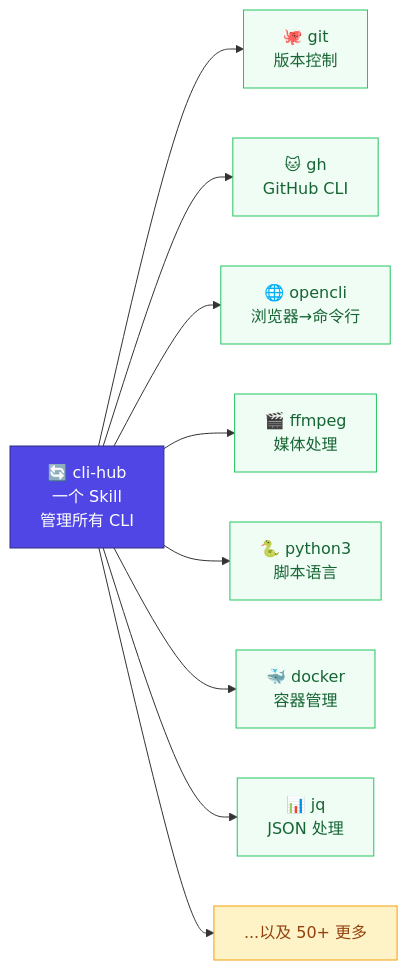
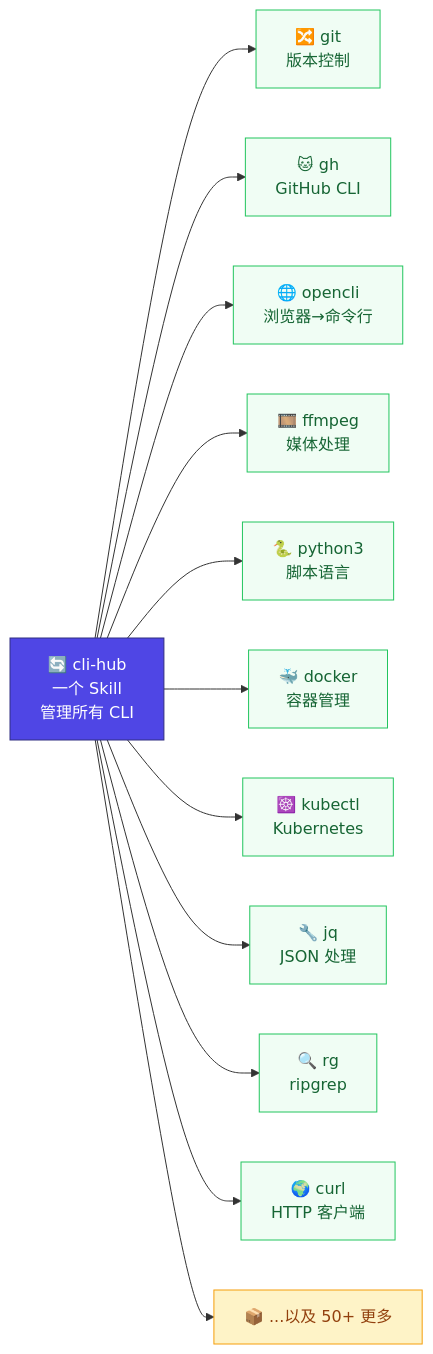
The diagram in README_CN.md (dull-bird/cli-hub), drawn with Mermaid before and after one commit. The commit also changed other lines of this file and 2 other files, not shown here.

Commit message:
chore: rename to clihub for ClawHub, add more emoji icons to mermaid

````diff
--- a/README_CN.md
+++ b/README_CN.md
@@ -5,21 +5,27 @@
 ```mermaid
 graph LR
-    CH["🔄 cli-hub<br/>一个 Skill<br/>管理所有 CLI"] --> git["🐙 git<br/>版本控制"]
+    CH["🔄 cli-hub<br/>一个 Skill<br/>管理所有 CLI"] --> git["🔀 git<br/>版本控制"]
     CH --> gh["🐱 gh<br/>GitHub CLI"]
     CH --> opencli["🌐 opencli<br/>浏览器→命令行"]
-    CH --> ffmpeg["🎬 ffmpeg<br/>媒体处理"]
+    CH --> ffmpeg["🎞️ ffmpeg<br/>媒体处理"]
     CH --> python3["🐍 python3<br/>脚本语言"]
     CH --> docker["🐳 docker<br/>容器管理"]
-    CH --> jq["📊 jq<br/>JSON 处理"]
-    CH --> more["...以及 50+ 更多"]
+    CH --> kubectl["☸️ kubectl<br/>Kubernetes"]
+    CH --> jq["🔧 jq<br/>JSON 处理"]
+    CH --> rg["🔍 rg<br/>ripgrep"]
+    CH --> curl["🌍 curl<br/>HTTP 客户端"]
+    CH --> more["📦 ...以及 50+ 更多"]
 
     style CH fill:#4f46e5,color:#fff,stroke:#312e81
     style git fill:#f0fdf4,stroke:#22c55e,color:#166534
     style gh fill:#f0fdf4,stroke:#22c55e,color:#166534
     style opencli fill:#f0fdf4,stroke:#22c55e,color:#166534
     style ffmpeg fill:#f0fdf4,stroke:#22c55e,color:#166534
     style python3 fill:#f0fdf4,stroke:#22c55e,color:#166534
     style docker fill:#f0fdf4,stroke:#22c55e,color:#166534
+    style kubectl fill:#f0fdf4,stroke:#22c55e,color:#166534
     style jq fill:#f0fdf4,stroke:#22c55e,color:#166534
+    style rg fill:#f0fdf4,stroke:#22c55e,color:#166534
+    style curl fill:#f0fdf4,stroke:#22c55e,color:#166534
     style more fill:#fef3c7,stroke:#f59e0b,color:#92400e
 ```
````
